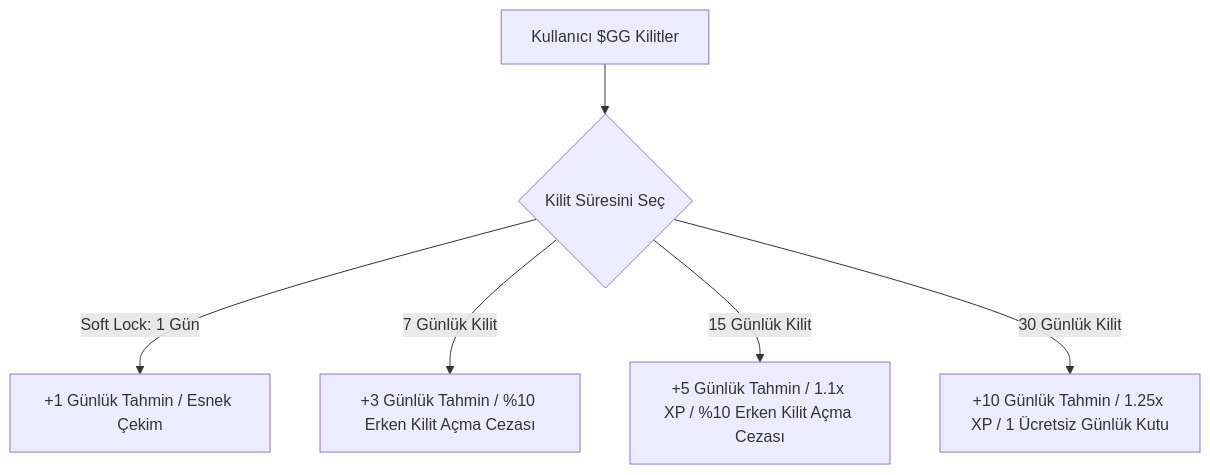
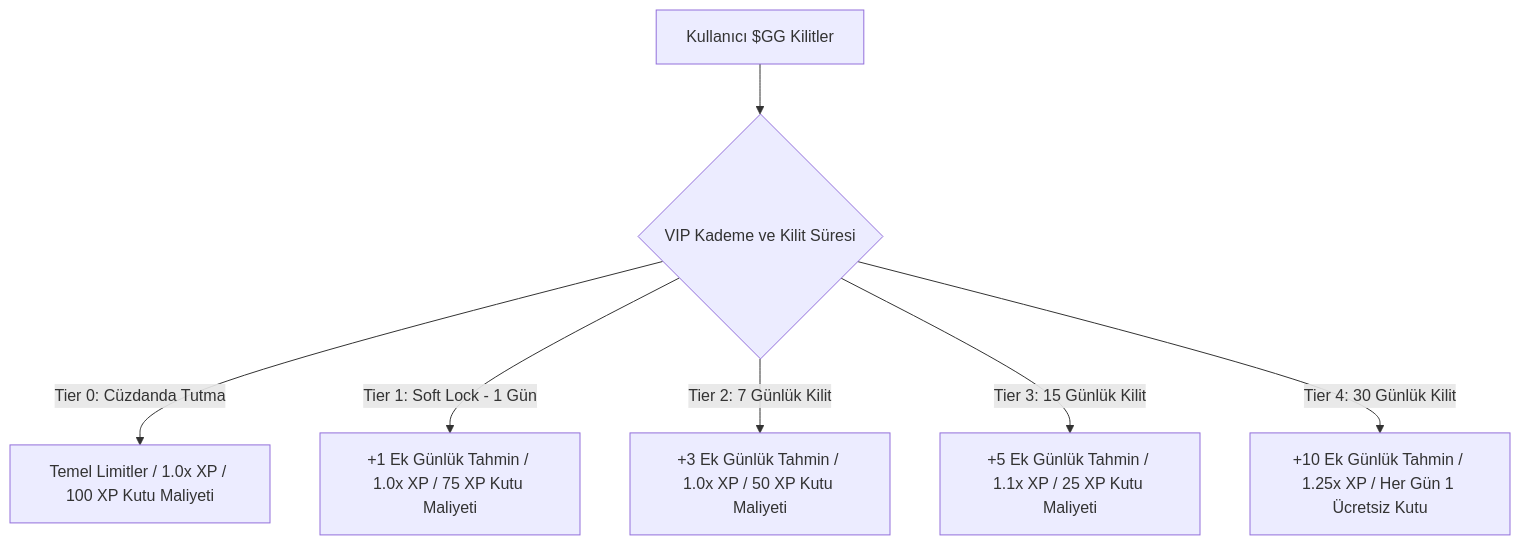
The diagram in WHITEPAPER.md (goalgolden2026-hub/Golden-Goal), drawn with Mermaid before and after one commit. The commit also changed other lines of this file and 2 other files, not shown here.

````diff
--- a/WHITEPAPER.md
+++ b/WHITEPAPER.md
@@ -83,8 +84,9 @@
 ```mermaid
 graph TD
-    A[Kullanıcı $GG Kilitler] --> B{Kilit Süresini Seç}
-    B -->|Soft Lock: 1 Gün| C[+1 Günlük Tahmin / Esnek Çekim]
-    B -->|7 Günlük Kilit| D[+3 Günlük Tahmin / %10 Erken Kilit Açma Cezası]
-    B -->|15 Günlük Kilit| E[+5 Günlük Tahmin / 1.1x XP / %10 Erken Kilit Açma Cezası]
-    B -->|30 Günlük Kilit| F[+10 Günlük Tahmin / 1.25x XP / 1 Ücretsiz Günlük Kutu]
+    A[Kullanıcı $GG Kilitler] --> B{VIP Kademe ve Kilit Süresi}
+    B -->|Tier 0: Cüzdanda Tutma| C[Temel Limitler / 1.0x XP / 100 XP Kutu Maliyeti]
+    B -->|Tier 1: Soft Lock - 1 Gün| D[+1 Ek Günlük Tahmin / 1.0x XP / 75 XP Kutu Maliyeti]
+    B -->|Tier 2: 7 Günlük Kilit| E[+3 Ek Günlük Tahmin / 1.0x XP / 50 XP Kutu Maliyeti]
+    B -->|Tier 3: 15 Günlük Kilit| F[+5 Ek Günlük Tahmin / 1.1x XP / 25 XP Kutu Maliyeti]
+    B -->|Tier 4: 30 Günlük Kilit| G[+10 Ek Günlük Tahmin / 1.25x XP / Her Gün 1 Ücretsiz Kutu]
 ```
````
